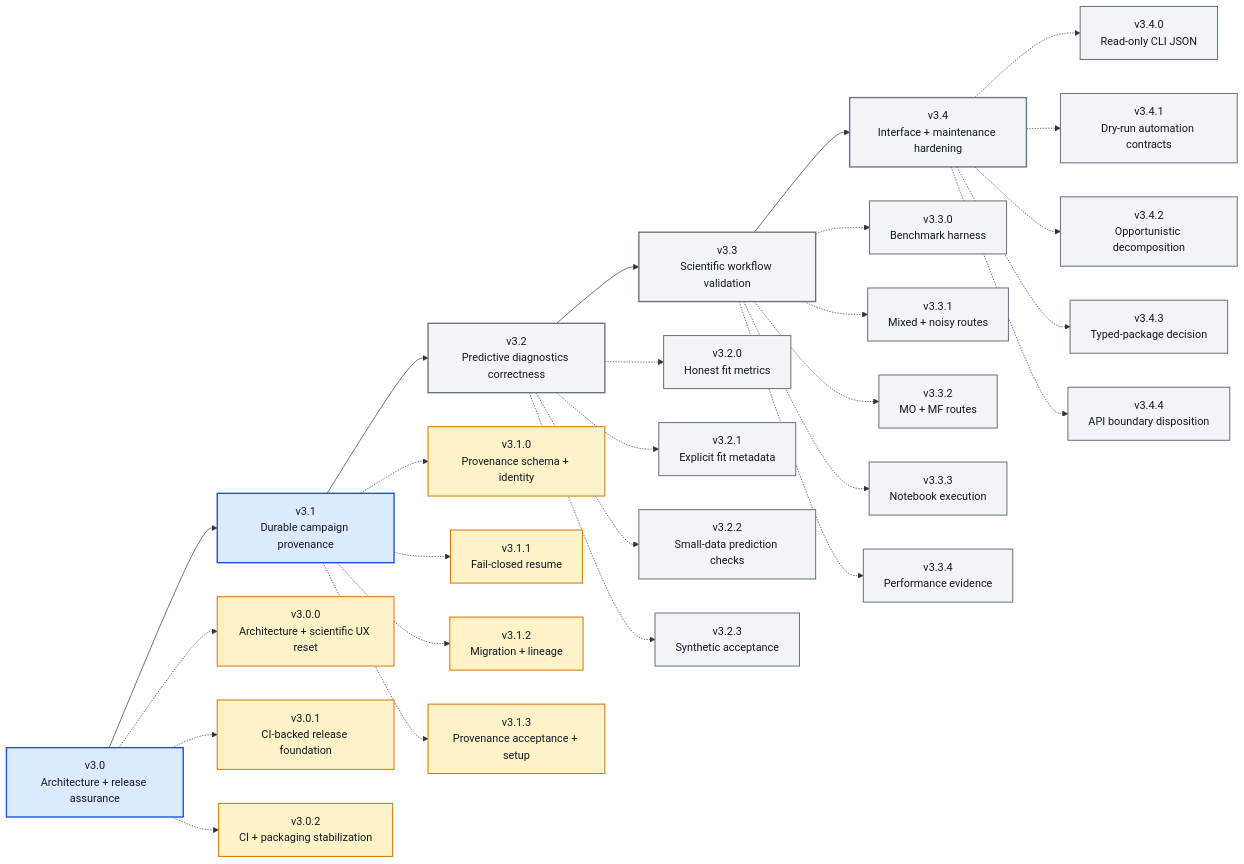
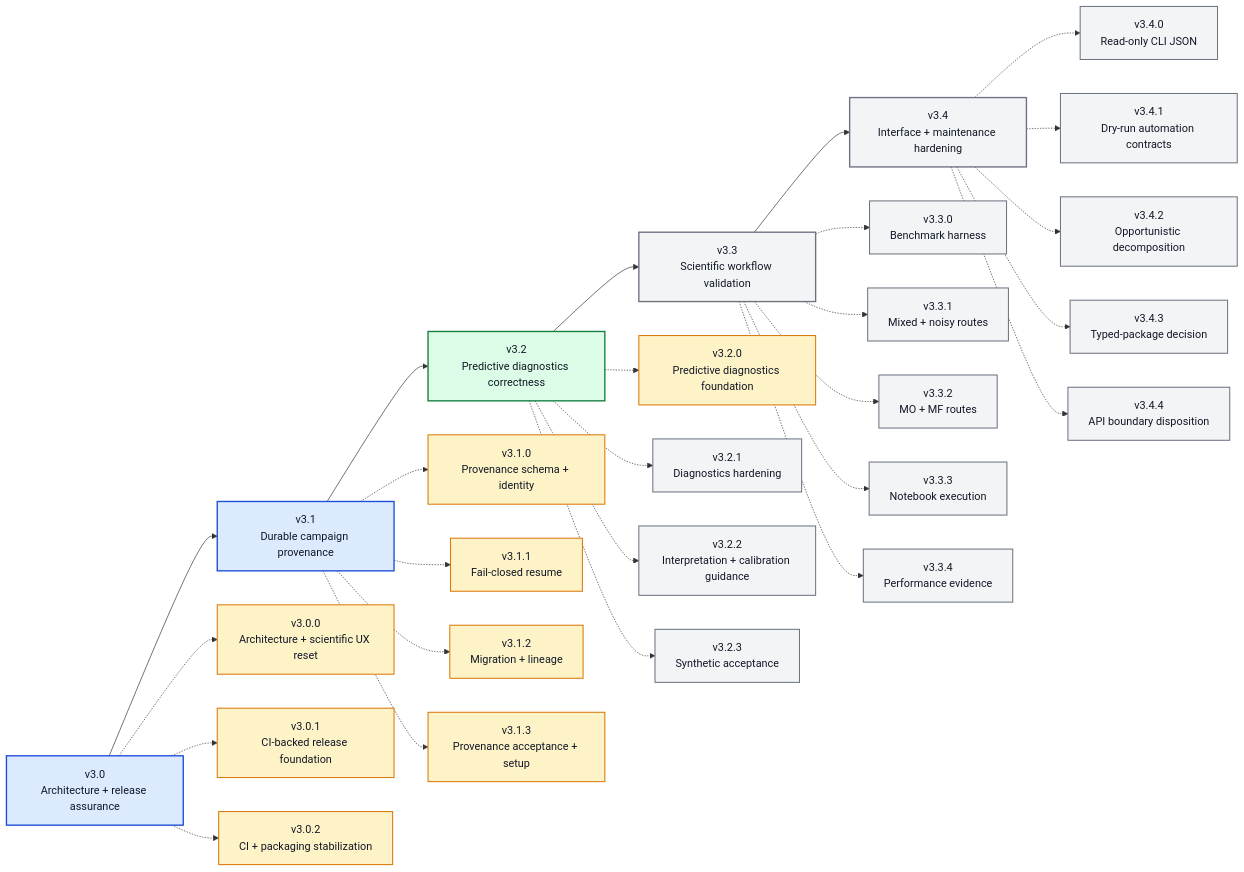
One commit to angzeli/bo-forge changed the diagram in ROADMAP_V3_X.md. Above: the diagram before and after it, drawn with Mermaid. The commit also changed other lines of this file and 47 other files, not shown here.

Commit message:
v3.2.0 update: Add predictive evaluation and explicit fit diagnostics

````diff
--- a/ROADMAP_V3_X.md
+++ b/ROADMAP_V3_X.md
@@ -15,61 +16,63 @@
 ```mermaid
 flowchart LR
     v30["v3.0<br/>Architecture + release assurance"] --> v31["v3.1<br/>Durable campaign provenance"] --> v32["v3.2<br/>Predictive diagnostics correctness"] --> v33["v3.3<br/>Scientific workflow validation"] --> v34["v3.4<br/>Interface + maintenance hardening"]
 
     v300["v3.0.0<br/>Architecture + scientific UX reset"]
     v301["v3.0.1<br/>CI-backed release foundation"]
     v302["v3.0.2<br/>CI + packaging stabilization"]
     v310["v3.1.0<br/>Provenance schema + identity"]
     v311["v3.1.1<br/>Fail-closed resume"]
     v312["v3.1.2<br/>Migration + lineage"]
     v313["v3.1.3<br/>Provenance acceptance + setup"]
-    v320["v3.2.0<br/>Honest fit metrics"]
-    v321["v3.2.1<br/>Explicit fit metadata"]
-    v322["v3.2.2<br/>Small-data prediction checks"]
+    v320["v3.2.0<br/>Predictive diagnostics foundation"]
+    v321["v3.2.1<br/>Diagnostics hardening"]
+    v322["v3.2.2<br/>Interpretation + calibration guidance"]
     v323["v3.2.3<br/>Synthetic acceptance"]
     v330["v3.3.0<br/>Benchmark harness"]
     v331["v3.3.1<br/>Mixed + noisy routes"]
     v332["v3.3.2<br/>MO + MF routes"]
     v333["v3.3.3<br/>Notebook execution"]
     v334["v3.3.4<br/>Performance evidence"]
     v340["v3.4.0<br/>Read-only CLI JSON"]
     v341["v3.4.1<br/>Dry-run automation contracts"]
     v342["v3.4.2<br/>Opportunistic decomposition"]
     v343["v3.4.3<br/>Typed-package decision"]
     v344["v3.4.4<br/>API boundary disposition"]
 
     v30 -.-> v300
     v30 -.-> v301
     v30 -.-> v302
     v31 -.-> v310
     v31 -.-> v311
     v31 -.-> v312
     v31 -.-> v313
     v32 -.-> v320
     v32 -.-> v321
     v32 -.-> v322
     v32 -.-> v323
     v33 -.-> v330
     v33 -.-> v331
     v33 -.-> v332
     v33 -.-> v333
     v33 -.-> v334
     v34 -.-> v340
     v34 -.-> v341
     v34 -.-> v342
     v34 -.-> v343
     v34 -.-> v344
 
     class v30,v31 majorDone
-    class v32,v33,v34 majorFuture
+    class v32 majorActive
+    class v33,v34 majorFuture
     class v300,v301,v302 patchDone
     class v310,v311,v312,v313 patchDone
-    class v320,v321,v322,v323,v330,v331,v332,v333,v334,v340,v341,v342,v343,v344 patchFuture
+    class v320 patchDone
+    class v321,v322,v323,v330,v331,v332,v333,v334,v340,v341,v342,v343,v344 patchFuture
 
     classDef majorDone fill:#dbeafe,stroke:#1d4ed8,stroke-width:2px,color:#111827;
     classDef majorActive fill:#dcfce7,stroke:#15803d,stroke-width:2px,color:#111827;
     classDef majorFuture fill:#f3f4f6,stroke:#6b7280,stroke-width:2px,color:#111827;
     classDef patchDone fill:#fef3c7,stroke:#d97706,stroke-width:1.5px,color:#111827;
     classDef patchActive fill:#dcfce7,stroke:#15803d,stroke-width:1.5px,color:#111827;
     classDef patchFuture fill:#f3f4f6,stroke:#6b7280,stroke-width:1.5px,color:#111827;
 ```
````
